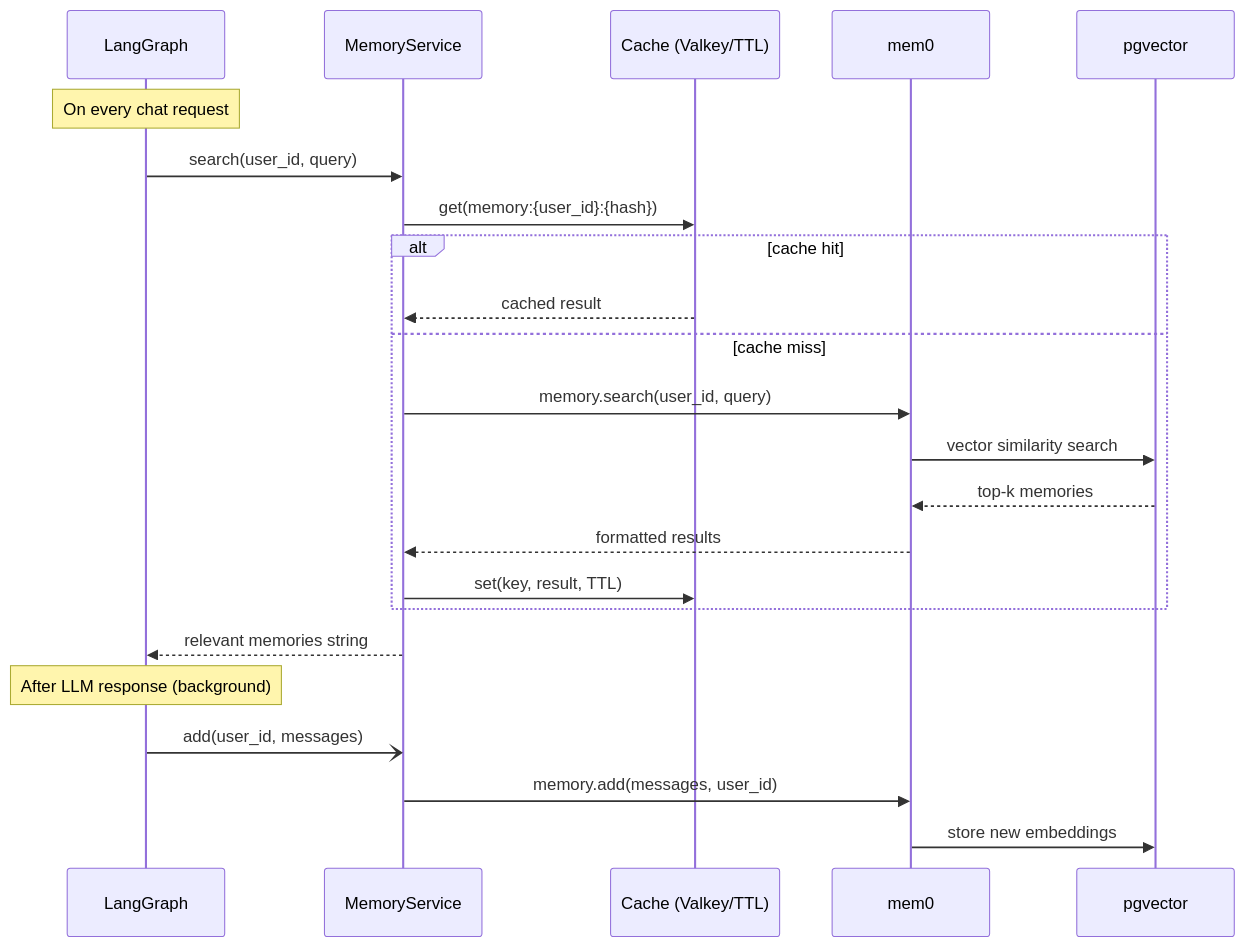
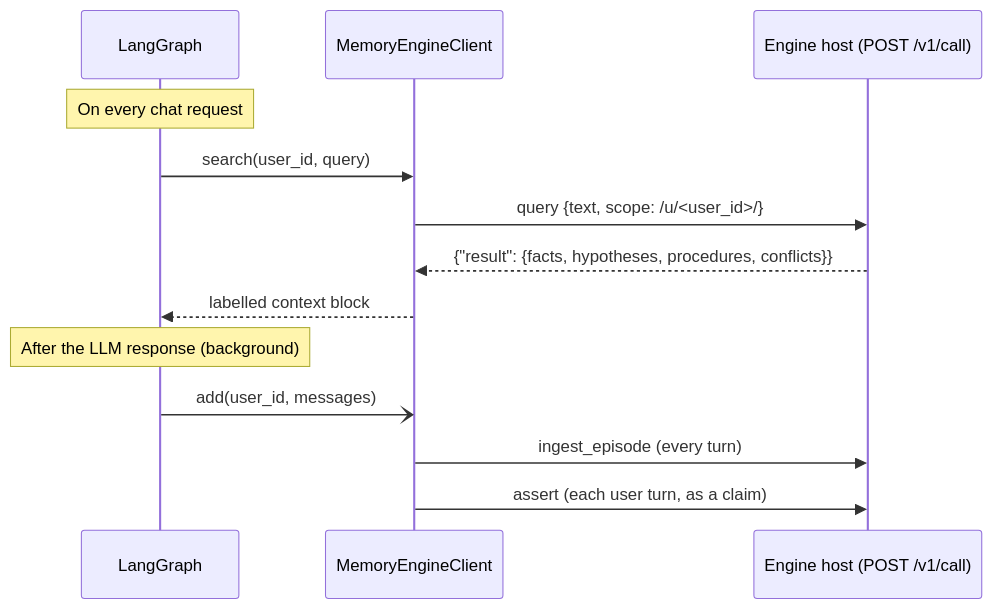
Before and after one commit to eMinders/ChronaMind: the diagram in docs/memory.md, drawn with Mermaid. The commit also changed other lines of this file and 10 other files, not shown here.

First line of the commit message:
feat(app): real app-engine boundary test, slot-aware writes, no content cache

````diff
--- a/docs/memory.md
+++ b/docs/memory.md
@@ -9,27 +14,17 @@
 ```mermaid
 sequenceDiagram
     participant G as LangGraph
-    participant MS as MemoryService
-    participant Cache as Cache (Valkey/TTL)
-    participant M as mem0
-    participant PG as pgvector
+    participant C as MemoryEngineClient
+    participant H as Engine host (POST /v1/call)
 
     Note over G: On every chat request
-    G->>MS: search(user_id, query)
-    MS->>Cache: get(memory:{user_id}:{hash})
-    alt cache hit
-        Cache-->>MS: cached result
-    else cache miss
-        MS->>M: memory.search(user_id, query)
-        M->>PG: vector similarity search
-        PG-->>M: top-k memories
-        M-->>MS: formatted results
-        MS->>Cache: set(key, result, TTL)
-    end
-    MS-->>G: relevant memories string
+    G->>C: search(user_id, query)
+    C->>H: query {text, scope: /u/<user_id>/}
+    H-->>C: {"result": {facts, hypotheses, procedures, conflicts}}
+    C-->>G: labelled context block
 
-    Note over G: After LLM response (background)
-    G-)MS: add(user_id, messages)
-    MS->>M: memory.add(messages, user_id)
-    M->>PG: store new embeddings
+    Note over G: After the LLM response (background)
+    G-)C: add(user_id, messages)
+    C->>H: ingest_episode (every turn)
+    C->>H: assert (each user turn, as a claim)
 ```
````
